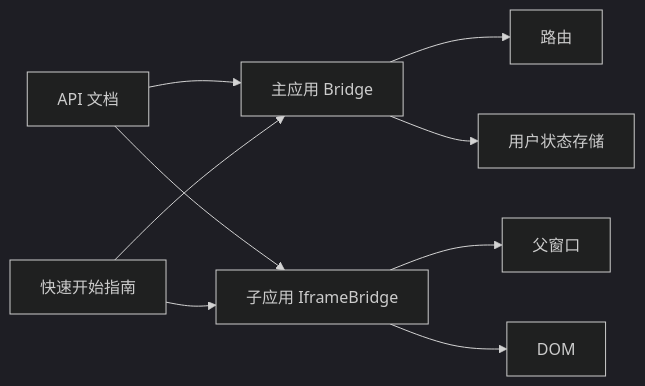
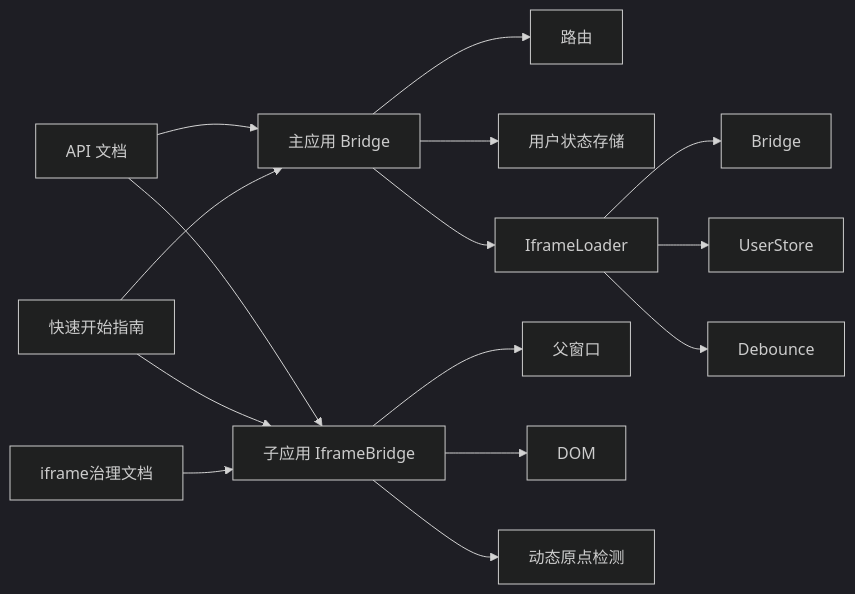
One commit to my-Sitara/artisan-base-frontend changed the fifth of 5 diagrams in .qoder/repowiki/zh/content/核心组件/跨应用通信系统.md. Above: the diagram before and after it, drawn with Mermaid (dark theme). The commit also changed other lines of this file and 35 other files, not shown here.

````diff
--- a/.qoder/repowiki/zh/content/核心组件/跨应用通信系统.md
+++ b/.qoder/repowiki/zh/content/核心组件/跨应用通信系统.md
@@ -339,11 +372,17 @@
 ```mermaid
 graph LR
 M_Bridge["主应用 Bridge"] --> Router["路由"]
 M_Bridge --> Store["用户状态存储"]
+M_Bridge --> IframeLoader["IframeLoader"]
 I_Bridge["子应用 IframeBridge"] --> Parent["父窗口"]
 I_Bridge --> DOM["DOM"]
+I_Bridge --> DynamicOrigin["动态原点检测"]
+IframeLoader --> Bridge["Bridge"]
+IframeLoader --> UserStore["UserStore"]
+IframeLoader --> Debounce["Debounce"]
 Docs_API["API 文档"] --> M_Bridge
 Docs_API --> I_Bridge
 Docs_Guide["快速开始指南"] --> M_Bridge
 Docs_Guide --> I_Bridge
+Docs_IFrame["iframe治理文档"] --> I_Bridge
 ```
````
